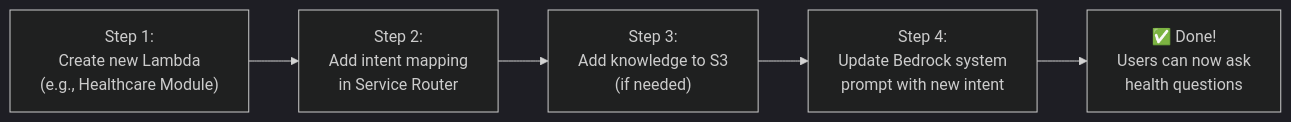
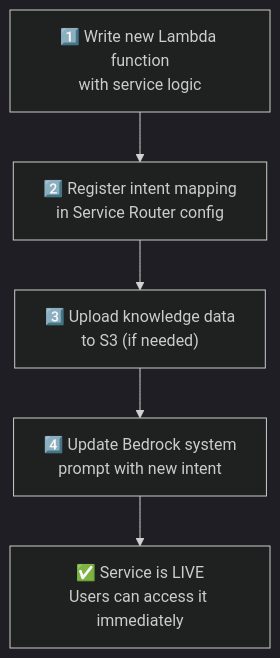
Before and after one commit to piyush-lingwal/BharatVani: the ninth of 10 diagrams in README.md, drawn with Mermaid (dark theme). The commit also changed other lines of this file, not shown here.

````diff
--- a/README.md
+++ b/README.md
@@ -550,7 +422,7 @@
 ```mermaid
-graph LR
-    A["Step 1:<br/>Create new Lambda<br/>(e.g., Healthcare Module)"] --> B["Step 2:<br/>Add intent mapping<br/>in Service Router"]
-    B --> C["Step 3:<br/>Add knowledge to S3<br/>(if needed)"]
-    C --> D["Step 4:<br/>Update Bedrock system<br/>prompt with new intent"]
-    D --> E["✅ Done!<br/>Users can now ask<br/>health questions"]
+graph TD
+    A["1️⃣ Write new Lambda function<br/>with service logic"] --> B["2️⃣ Register intent mapping<br/>in Service Router config"]
+    B --> C["3️⃣ Upload knowledge data<br/>to S3 (if needed)"]
+    C --> D["4️⃣ Update Bedrock system<br/>prompt with new intent"]
+    D --> E["✅ Service is LIVE<br/>Users can access it immediately"]
 ```
````
